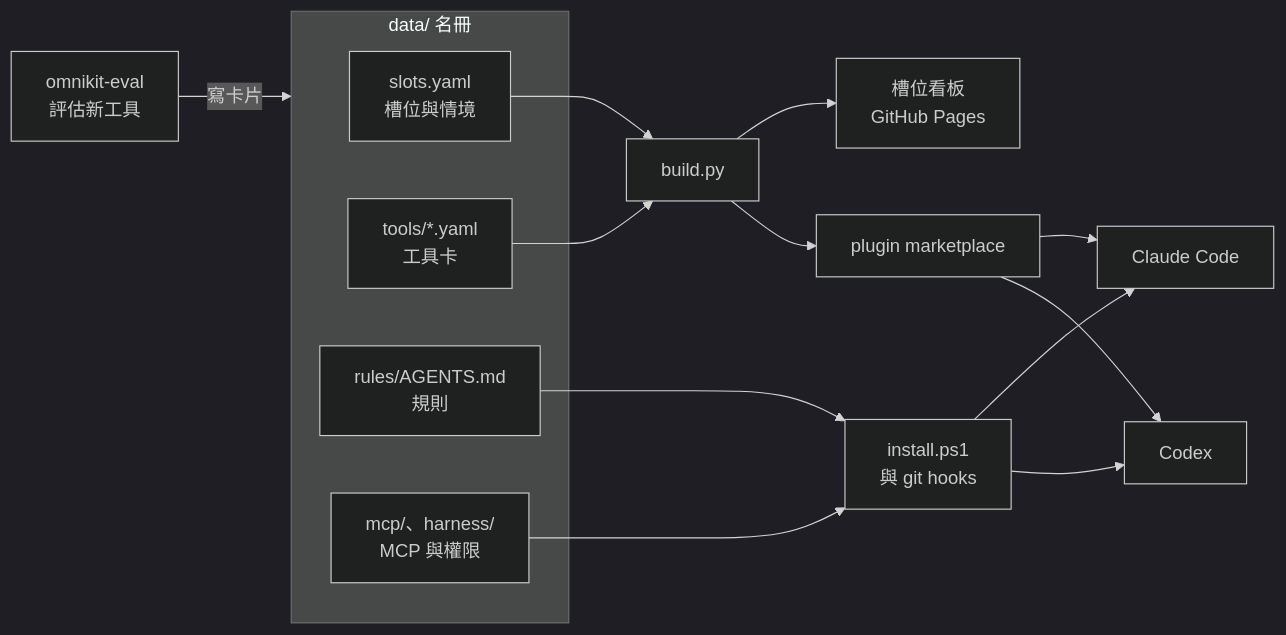
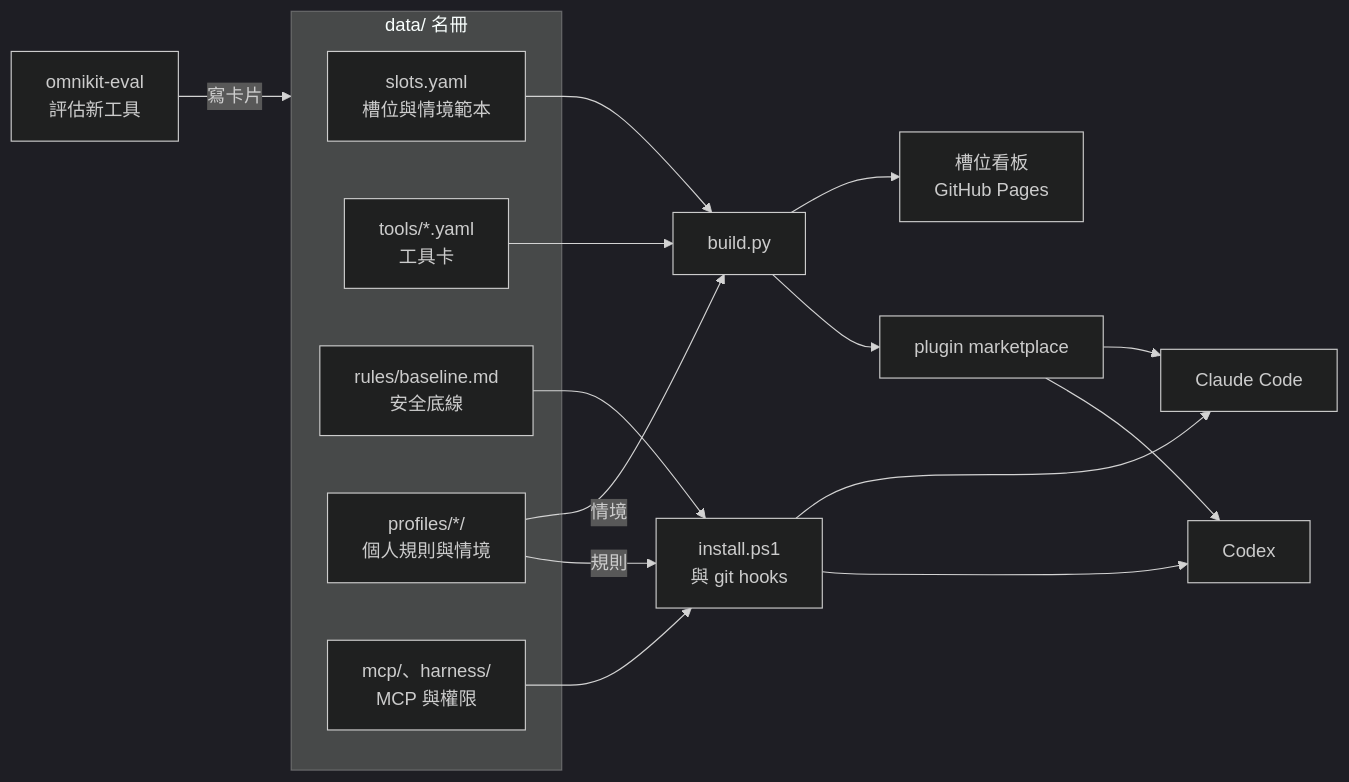
One commit to b40609/OmniKit changed the diagram in README.md. Above: the diagram before and after it, drawn with Mermaid (dark theme). The commit also changed other lines of this file and 17 other files, not shown here.

````diff
--- a/README.md
+++ b/README.md
@@ -131,20 +135,23 @@
 ```mermaid
 flowchart LR
   E["omnikit-eval<br/>評估新工具"] -->|寫卡片| D
   subgraph D["data/ 名冊"]
-    S["slots.yaml<br/>槽位與情境"]
+    S["slots.yaml<br/>槽位與情境範本"]
     T["tools/*.yaml<br/>工具卡"]
-    R["rules/AGENTS.md<br/>規則"]
+    R["rules/baseline.md<br/>安全底線"]
+    F["profiles/*/<br/>個人規則與情境"]
     M["mcp/、harness/<br/>MCP 與權限"]
   end
   S --> B["build.py"]
   T --> B
+  F -->|情境| B
   B --> P["槽位看板<br/>GitHub Pages"]
   B --> K["plugin marketplace"]
   R --> I["install.ps1<br/>與 git hooks"]
+  F -->|規則| I
   M --> I
   I --> C["Claude Code"]
   I --> X["Codex"]
   K --> C
   K --> X
 ```
````
